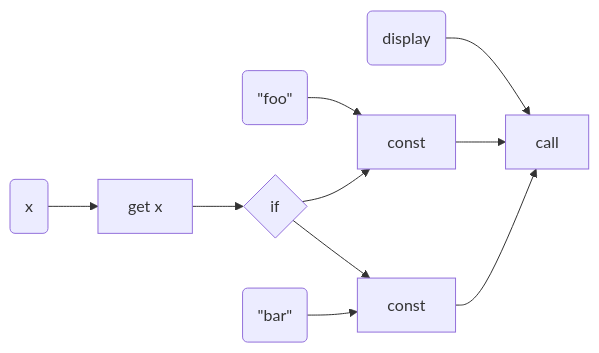
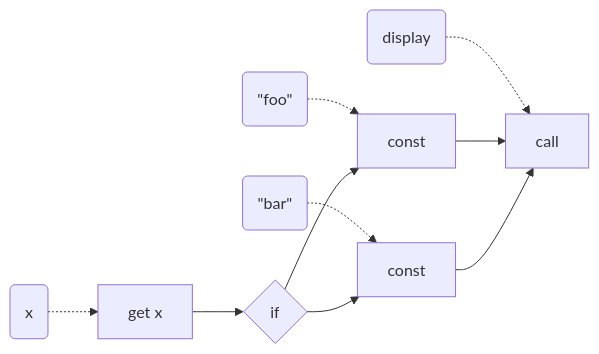
The diagram in slides/papers/stak-scheme/if-instruction.mmd (raviqqe/doc), drawn with Mermaid before and after one commit. The commit also changed 1 other file, not shown here.

```diff
--- a/slides/papers/stak-scheme/if-instruction.mmd
+++ b/slides/papers/stak-scheme/if-instruction.mmd
@@ -1,9 +1,9 @@
 flowchart LR
-  d0(x) --> c0
-  d1(#quot;foo#quot;) --> c2
-  d3(display) --> c4
+  d0(x) -.-> c0
+  d1(#quot;foo#quot;) -.-> c2
+  d2(#quot;bar#quot;) -.-> c3
+  d3(display) -.-> c4
   c0[get x] --> c1{if}
   c1 --> c2[const] --> c4
   c1 --> c3[const] --> c4
   c4[call]
-  d2(#quot;bar#quot;) --> c3
```
